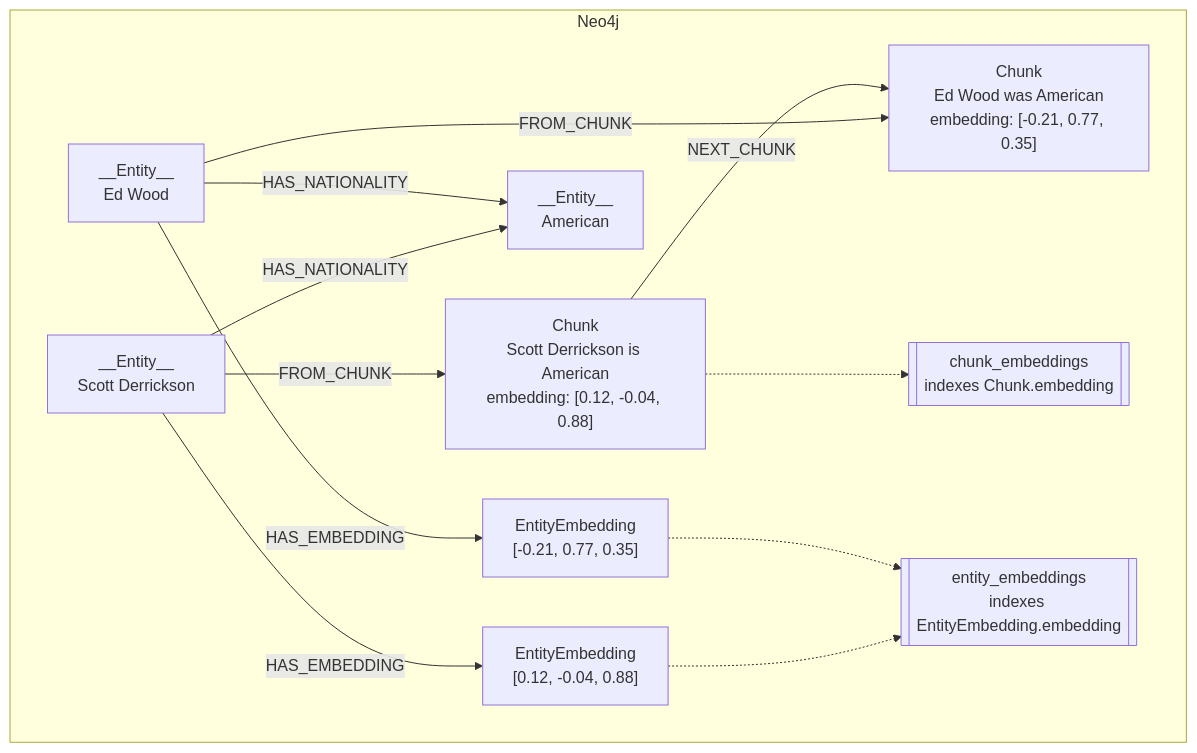
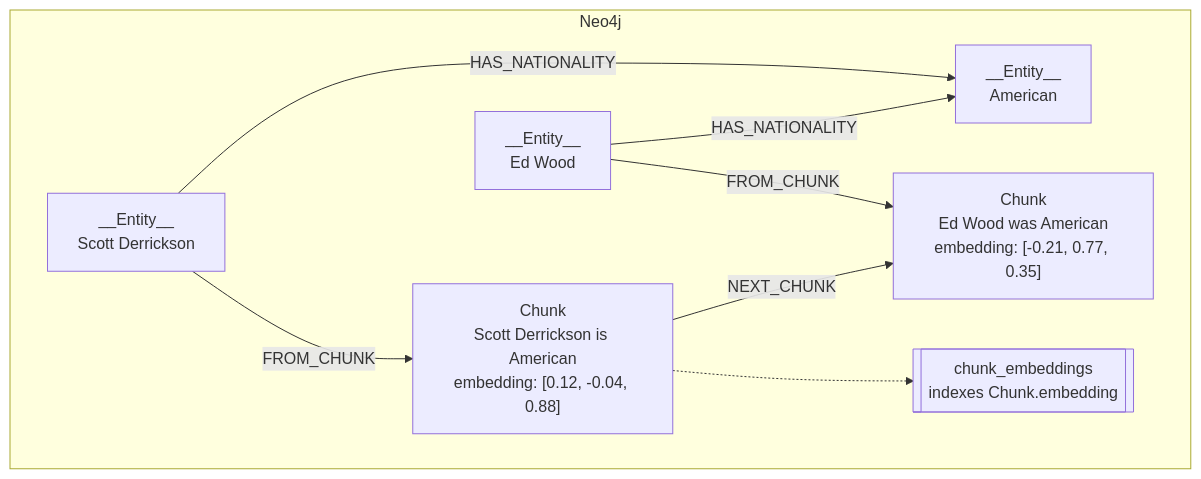
One commit to udit19199/RecRAG changed the fourth of 4 diagrams in docs/graphrag/construction.md. Above: the diagram before and after it, drawn with Mermaid. The commit also changed other lines of this file and 40 other files, not shown here.

````diff
--- a/docs/graphrag/construction.md
+++ b/docs/graphrag/construction.md
@@ -141,25 +125,18 @@
 ```mermaid
 graph TD
     subgraph NEO4J["Neo4j"]
         chunk1["Chunk<br/>Scott Derrickson is American<br/>embedding: [0.12, -0.04, 0.88]"]
         chunk2["Chunk<br/>Ed Wood was American<br/>embedding: [-0.21, 0.77, 0.35]"]
         scott["__Entity__<br/>Scott Derrickson"]
         ed["__Entity__<br/>Ed Wood"]
         american["__Entity__<br/>American"]
-        scott_embedding["EntityEmbedding<br/>[0.12, -0.04, 0.88]"]
-        ed_embedding["EntityEmbedding<br/>[-0.21, 0.77, 0.35]"]
         chunk_index[["chunk_embeddings<br/>indexes Chunk.embedding"]]
-        entity_index[["entity_embeddings<br/>indexes EntityEmbedding.embedding"]]
 
         scott -->|HAS_NATIONALITY| american
         ed -->|HAS_NATIONALITY| american
         scott -->|FROM_CHUNK| chunk1
         ed -->|FROM_CHUNK| chunk2
-        scott -->|HAS_EMBEDDING| scott_embedding
-        ed -->|HAS_EMBEDDING| ed_embedding
         chunk1 -->|NEXT_CHUNK| chunk2
         chunk1 -.-> chunk_index
-        scott_embedding -.-> entity_index
-        ed_embedding -.-> entity_index
     end
 ```
````
